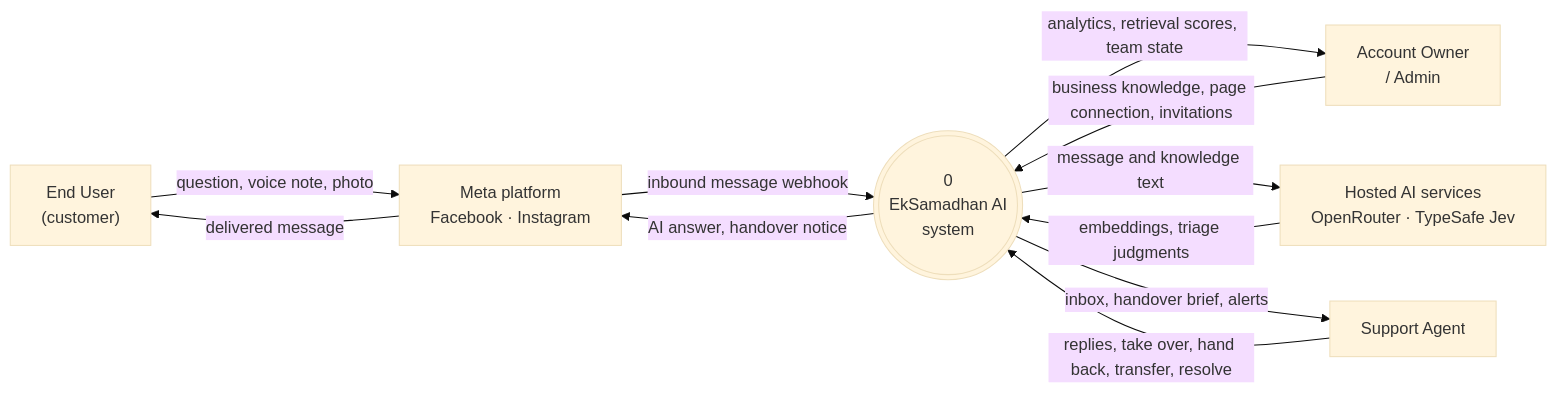
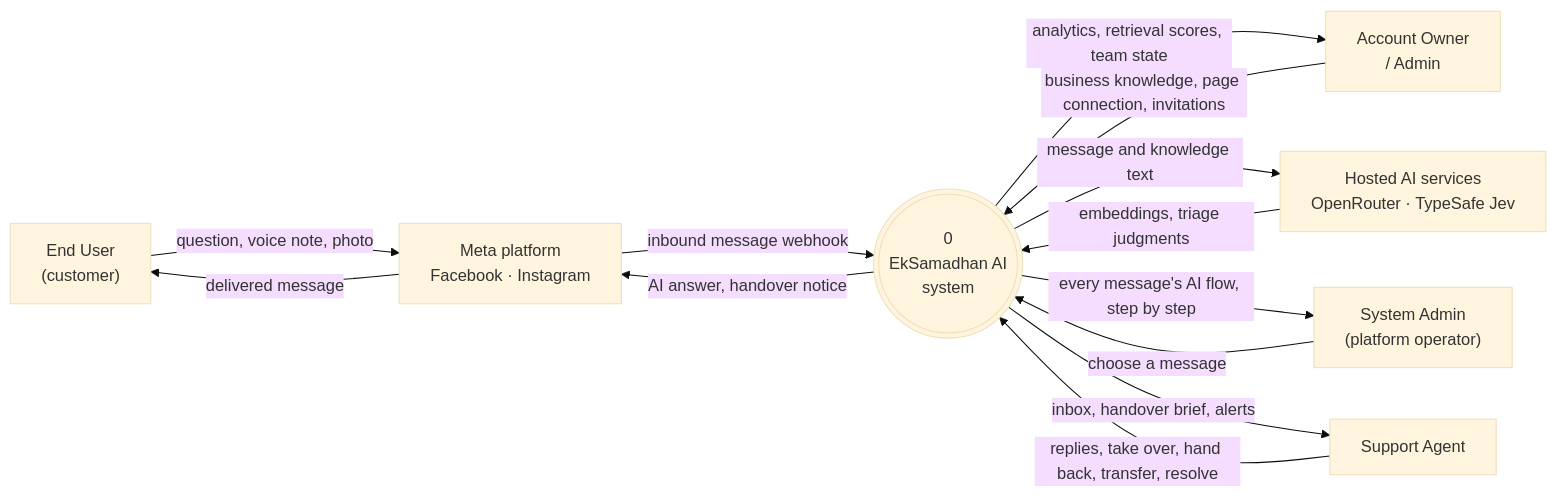
Before and after one commit to SayubShakya/eksamadhan-ai: the diagram in docs/system-design/new-system-design/workflow-diagram/level-0-data-flow-diagram/README.md, drawn with Mermaid (base theme). The commit also changed 69 other files, not shown here.

Commit message:
feat: add a system admin console with a conversation visualizer

````diff
--- a/docs/system-design/new-system-design/workflow-diagram/level-0-data-flow-diagram/README.md
+++ b/docs/system-design/new-system-design/workflow-diagram/level-0-data-flow-diagram/README.md
@@ -11,24 +11,28 @@
 ```mermaid
 flowchart LR
     customer["End User<br/>(customer)"]
     agent["Support Agent"]
     admin["Account Owner<br/>/ Admin"]
     meta["Meta platform<br/>Facebook · Instagram"]
     hosted["Hosted AI services<br/>OpenRouter · TypeSafe Jev"]
+    sysadmin["System Admin<br/>(platform operator)"]
 
     system((("0<br/>EkSamadhan AI<br/>system")))
 
     customer -->|"question, voice note, photo"| meta
     meta -->|"inbound message webhook"| system
     system -->|"AI answer, handover notice"| meta
     meta -->|"delivered message"| customer
 
     admin -->|"business knowledge, page connection, invitations"| system
     system -->|"analytics, retrieval scores, team state"| admin
 
     agent -->|"replies, take over, hand back, transfer, resolve"| system
 
     system -->|"message and knowledge text"| hosted
     hosted -->|"embeddings, triage judgments"| system
+
+    sysadmin -->|"choose a message"| system
+    system -->|"every message's AI flow, step by step"| sysadmin
     system -->|"inbox, handover brief, alerts"| agent
 ```
````
